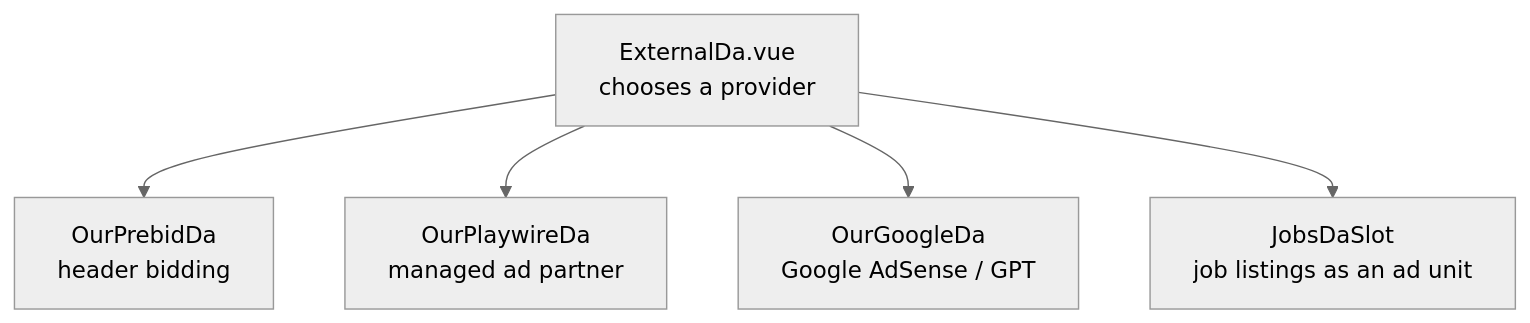
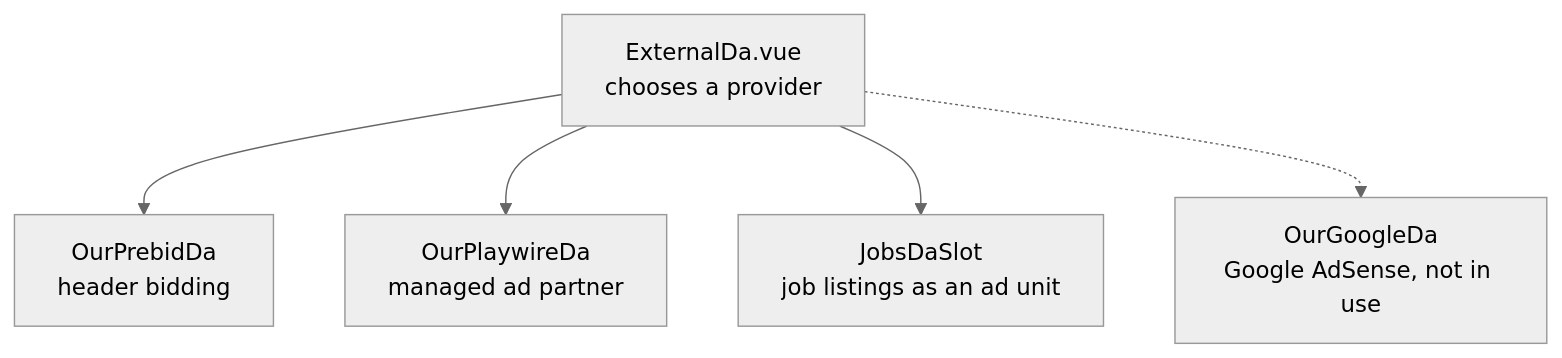
The diagram in docs/developers/reference/ads.md (Freegle/Iznik), drawn with Mermaid (neutral theme) before and after one commit. The commit also changed other lines of this file and 46 other files, not shown here.

First line of the commit message:
docs: mobile developer track, mermaid diagrams, and corrections

````diff
--- a/docs/developers/reference/ads.md
+++ b/docs/developers/reference/ads.md
@@ -38,7 +40,7 @@
 ```mermaid
 flowchart TD
     A[ExternalDa.vue<br/>chooses a provider] --> B[OurPrebidDa<br/>header bidding]
     A --> C[OurPlaywireDa<br/>managed ad partner]
-    A --> D[OurGoogleDa<br/>Google AdSense / GPT]
-    A --> E[JobsDaSlot<br/>job listings as an ad unit]
+    A --> D[JobsDaSlot<br/>job listings as an ad unit]
+    A -.-> E[OurGoogleDa<br/>Google AdSense, not in use]
 ```
````
